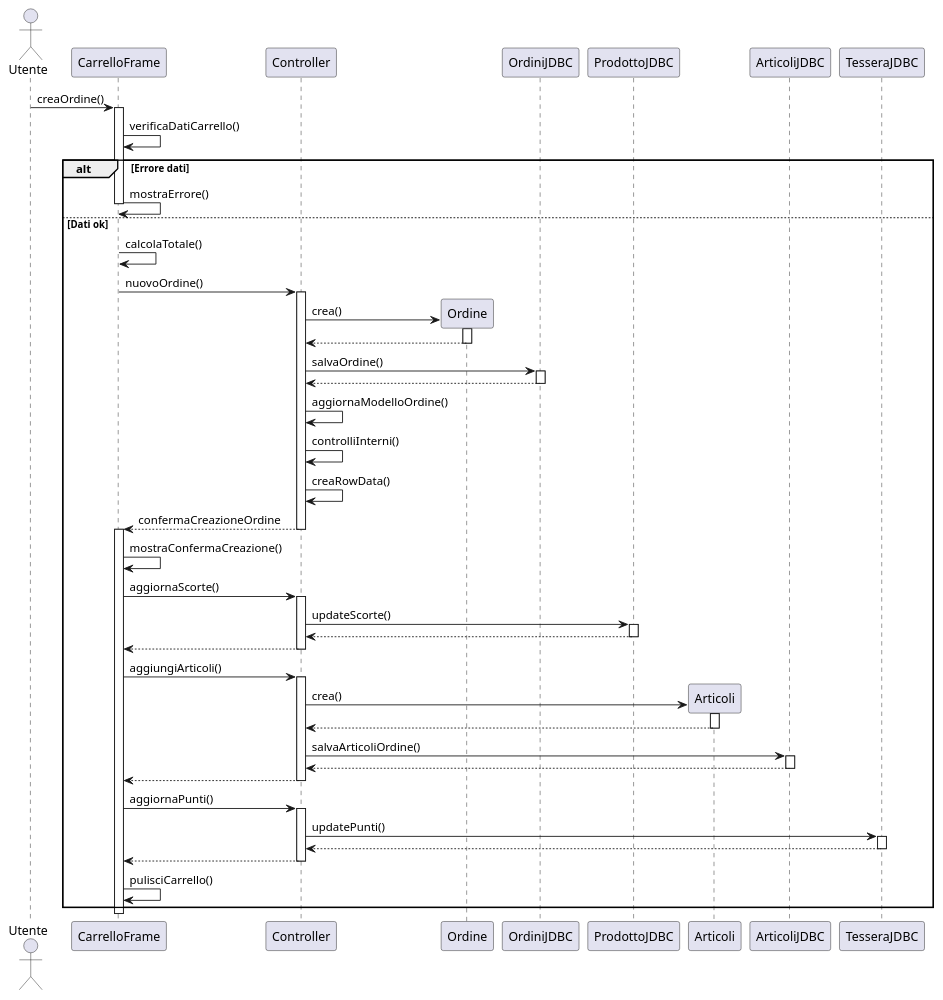
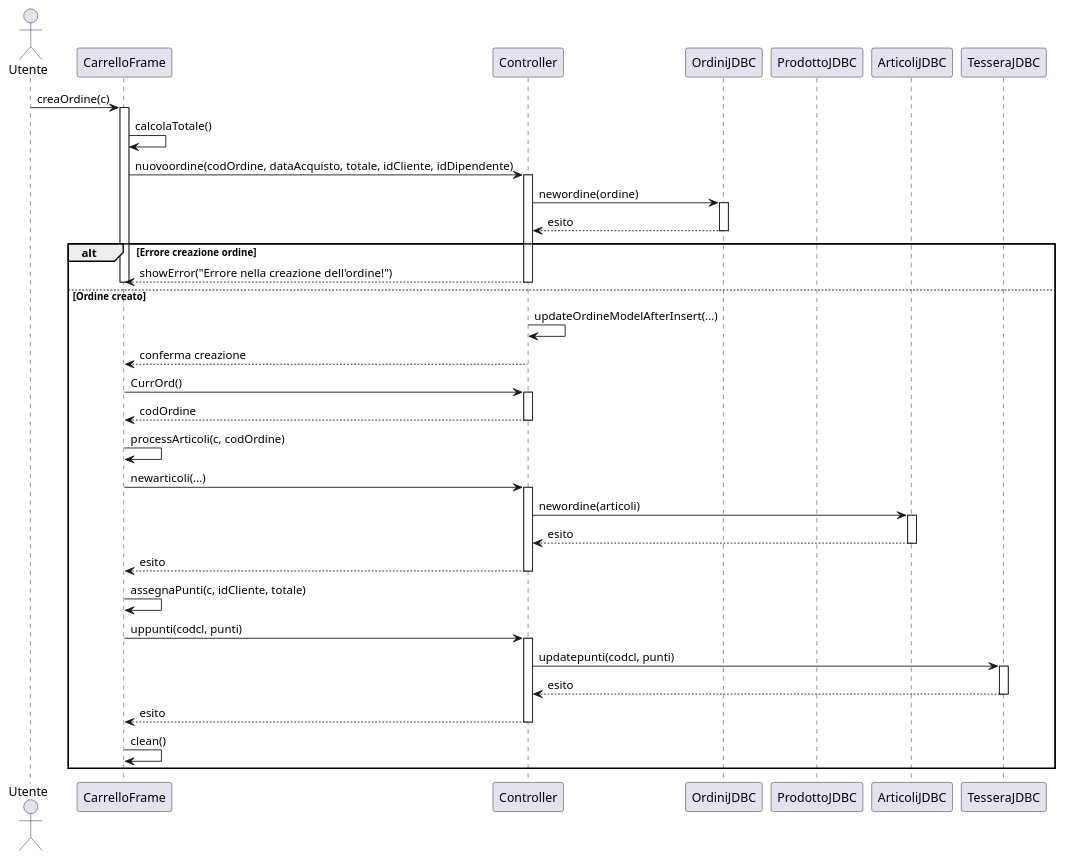
One commit to GinoPT97/UniDevPortfolio changed the diagram in Progetto-OO/diagram/CreaOrdine-SD.puml. Above: the diagram before and after it, drawn with PlantUML. The commit also changed other lines of this file, not shown here.

Commit message:
feat: migliora il diagramma delle classi per CreaOrdine semplificando il flusso e aggiornando le interazioni

```diff
--- a/Progetto-OO/diagram/CreaOrdine-SD.puml
+++ b/Progetto-OO/diagram/CreaOrdine-SD.puml
@@ -1,72 +2,53 @@
 @startuml CreaOrdine-SD
 actor Utente
 participant CarrelloFrame
 participant Controller
-participant Ordine
 participant OrdiniJDBC
 participant ProdottoJDBC
-participant Articoli
 participant ArticoliJDBC
 participant TesseraJDBC
 
-Utente -> CarrelloFrame : creaOrdine()
+Utente -> CarrelloFrame : creaOrdine(c)
 activate CarrelloFrame
-CarrelloFrame -> CarrelloFrame : verificaDatiCarrello()
-alt Errore dati
-    CarrelloFrame -> CarrelloFrame : mostraErrore()
+CarrelloFrame -> CarrelloFrame : calcolaTotale()
+CarrelloFrame -> Controller : nuovoordine(codOrdine, dataAcquisto, totale, idCliente, idDipendente)
+activate Controller
+Controller -> OrdiniJDBC : newordine(ordine)
+activate OrdiniJDBC
+OrdiniJDBC --> Controller : esito
+deactivate OrdiniJDBC
+alt Errore creazione ordine
+    Controller --> CarrelloFrame : showError("Errore nella creazione dell'ordine!")
+    deactivate Controller
     deactivate CarrelloFrame
-else Dati ok
-    CarrelloFrame -> CarrelloFrame : calcolaTotale()
-    CarrelloFrame -> Controller : nuovoOrdine()
-    deactivate CarrelloFrame
+else Ordine creato
+    Controller -> Controller : updateOrdineModelAfterInsert(...)
+    Controller --> CarrelloFrame : conferma creazione
+    deactivate Controller
+    CarrelloFrame -> Controller : CurrOrd()
     activate Controller
-    create Ordine
-    Controller -> Ordine : crea()
-    activate Ordine
-    Ordine --> Controller
-    deactivate Ordine
-    Controller -> OrdiniJDBC : salvaOrdine()
-    activate OrdiniJDBC
-    OrdiniJDBC --> Controller
-    deactivate OrdiniJDBC
-    Controller -> Controller : aggiornaModelloOrdine()
-    Controller -> Controller : controlliInterni()
-    Controller -> Controller : creaRowData()
-    Controller --> CarrelloFrame : confermaCreazioneOrdine
+    Controller --> CarrelloFrame : codOrdine
     deactivate Controller
-    activate CarrelloFrame
-    CarrelloFrame -> CarrelloFrame : mostraConfermaCreazione()
-    CarrelloFrame -> Controller : aggiornaScorte()
+    CarrelloFrame -> CarrelloFrame : processArticoli(c, codOrdine)
+    CarrelloFrame -> Controller : newarticoli(...)
     activate Controller
-    Controller -> ProdottoJDBC : updateScorte()
-    activate ProdottoJDBC
-    ProdottoJDBC --> Controller
-    deactivate ProdottoJDBC
-    Controller --> CarrelloFrame
+    Controller -> ArticoliJDBC : newordine(articoli)
+    activate ArticoliJDBC
+    ArticoliJDBC --> Controller : esito
+    deactivate ArticoliJDBC
+    Controller --> CarrelloFrame : esito
     deactivate Controller
-    CarrelloFrame -> Controller : aggiungiArticoli()
+    CarrelloFrame -> CarrelloFrame : assegnaPunti(c, idCliente, totale)
+    CarrelloFrame -> Controller : uppunti(codcl, punti)
     activate Controller
-    create Articoli
-    Controller -> Articoli : crea()
-    activate Articoli
-    Articoli --> Controller
-    deactivate Articoli
-    Controller -> ArticoliJDBC : salvaArticoliOrdine()
-    activate ArticoliJDBC
-    ArticoliJDBC --> Controller
-    deactivate ArticoliJDBC
-    Controller --> CarrelloFrame
+    Controller -> TesseraJDBC : updatepunti(codcl, punti)
+    activate TesseraJDBC
+    TesseraJDBC --> Controller : esito
+    deactivate TesseraJDBC
+    Controller --> CarrelloFrame : esito
     deactivate Controller
-    CarrelloFrame -> Controller : aggiornaPunti()
-    activate Controller
-    Controller -> TesseraJDBC : updatePunti()
-    activate TesseraJDBC
-    TesseraJDBC --> Controller
-    deactivate TesseraJDBC
-    Controller --> CarrelloFrame
-    deactivate Controller
-    CarrelloFrame -> CarrelloFrame : pulisciCarrello()
+    CarrelloFrame -> CarrelloFrame : clean()
 end
 deactivate CarrelloFrame
 
 @enduml
```
